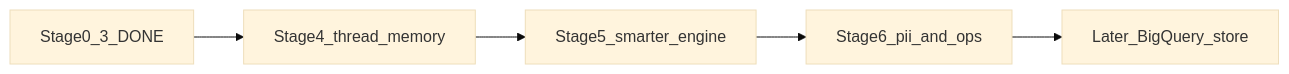
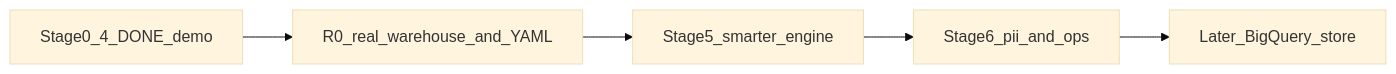
The first of 2 diagrams in PLAN.md (angelaphps/data-request-agent), drawn with Mermaid (base theme) before and after one commit. The commit also changed other lines of this file and 22 other files, not shown here.

First line of the commit message:
Use YAML-only semantic catalog and document real-repo handoff.

````diff
--- a/PLAN.md
+++ b/PLAN.md
@@ -60,9 +64,9 @@
 ```mermaid
 flowchart LR
-  s0[Stage0_3_DONE]
-  s4[Stage4_thread_memory]
+  s0[Stage0_4_DONE_demo]
+  r0[R0_real_warehouse_and_YAML]
   s5[Stage5_smarter_engine]
   s6[Stage6_pii_and_ops]
   s7[Later_BigQuery_store]
-  s0 --> s4 --> s5 --> s6 --> s7
+  s0 --> r0 --> s5 --> s6 --> s7
 ```
````
